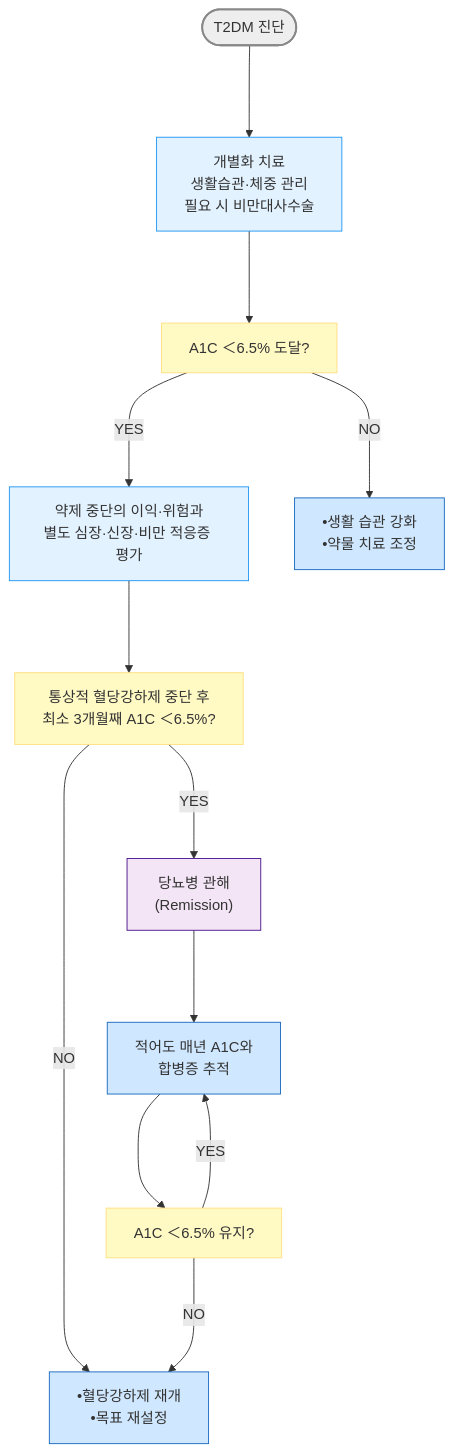
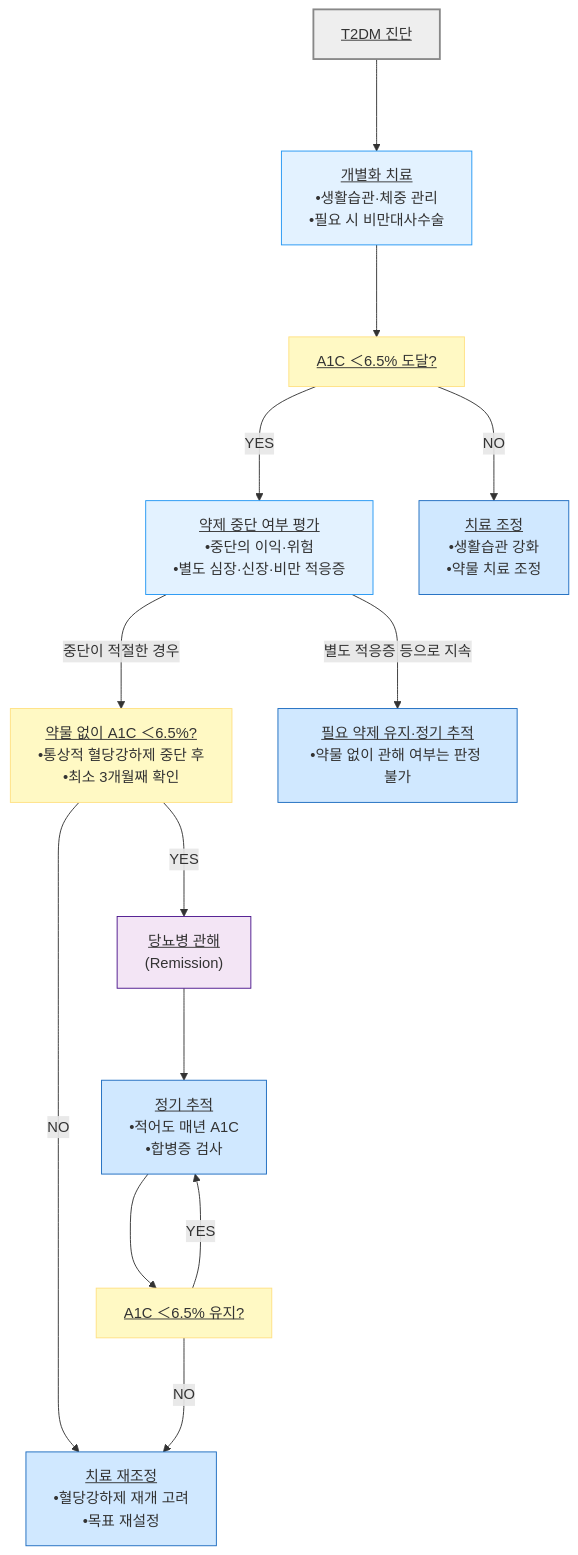
One commit to familyoh77/familyoh77 changed the second of 4 diagrams in 226_/100_-diabetes-mellitus.md. Above: the diagram before and after it, drawn with Mermaid. The commit also changed other lines of this file and 9 other files, not shown here.

````diff
--- a/226_/100_-diabetes-mellitus.md
+++ b/226_/100_-diabetes-mellitus.md
@@ -616,23 +616,24 @@
 ```mermaid
 graph TD
-    A(["T2DM 진단"]) ---> B["개별화 치료<br/>생활습관·체중 관리<br/>필요 시 비만대사수술"]
-    B ---> C["A1C ＜6.5% 도달?"]
-    C --->|YES| D["약제 중단의 이익·위험과<br/>별도 심장·신장·비만 적응증 평가"]
-    D ---> E["통상적 혈당강하제 중단 후<br/>최소 3개월째 A1C ＜6.5%?"]
-    E --->|YES| F["당뇨병 관해<br/>(Remission)"]
-    E --->|NO| G["•혈당강하제 재개<br/>•목표 재설정"]
-    F ---> H["적어도 매년 A1C와<br/>합병증 추적"]
-    H ---> I["A1C ＜6.5% 유지?"]
+    A["<u>T2DM 진단</u>"] ---> B["<u>개별화 치료</u><br/>•생활습관·체중 관리<br/>•필요 시 비만대사수술"]
+    B ---> C["<u>A1C ＜6.5% 도달?</u>"]
+    C --->|YES| D["<u>약제 중단 여부 평가</u><br/>•중단의 이익·위험<br/>•별도 심장·신장·비만 적응증"]
+    D --->|중단이 적절한 경우| E["<u>약물 없이 A1C ＜6.5%?</u><br/>•통상적 혈당강하제 중단 후<br/>•최소 3개월째 확인"]
+    D --->|별도 적응증 등으로 지속| K["<u>필요 약제 유지·정기 추적</u><br/>•약물 없이 관해 여부는 판정 불가"]
+    E --->|YES| F["<u>당뇨병 관해</u><br/>(Remission)"]
+    E --->|NO| G["<u>치료 재조정</u><br/>•혈당강하제 재개 고려<br/>•목표 재설정"]
+    F ---> H["<u>정기 추적</u><br/>•적어도 매년 A1C<br/>•합병증 검사"]
+    H ---> I["<u>A1C ＜6.5% 유지?</u>"]
     I --->|YES| H
     I --->|NO| G
-    C --->|NO| J["•생활 습관 강화<br/>•약물 치료 조정"]
+    C --->|NO| J["<u>치료 조정</u><br/>•생활습관 강화<br/>•약물 치료 조정"]
 
 style A fill:#eeeeee,stroke:#888888,stroke-width:2px
 classDef sky fill:#e3f2ff,stroke:#2196f3
 class B,D sky
-classDef yellow fill:#fff9c4,stroke:#ffe082
-class C,I,E yellow
+classDef question fill:#fff9c4,stroke:#ffe082
+class C,I,E question
 classDef blue fill:#d0e8ff,stroke:#1a6abf
-class J,H,G blue
+class J,H,G,K blue
 style F fill:#f3e5f5,stroke:#4a148c
 ```
````
